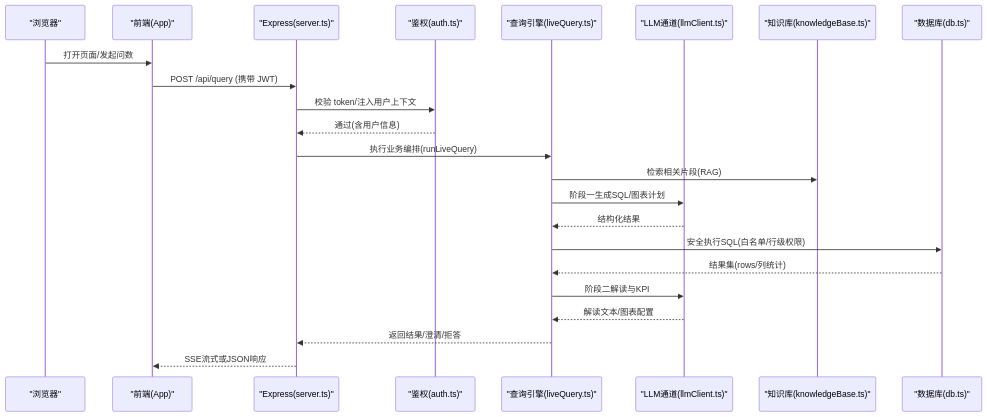
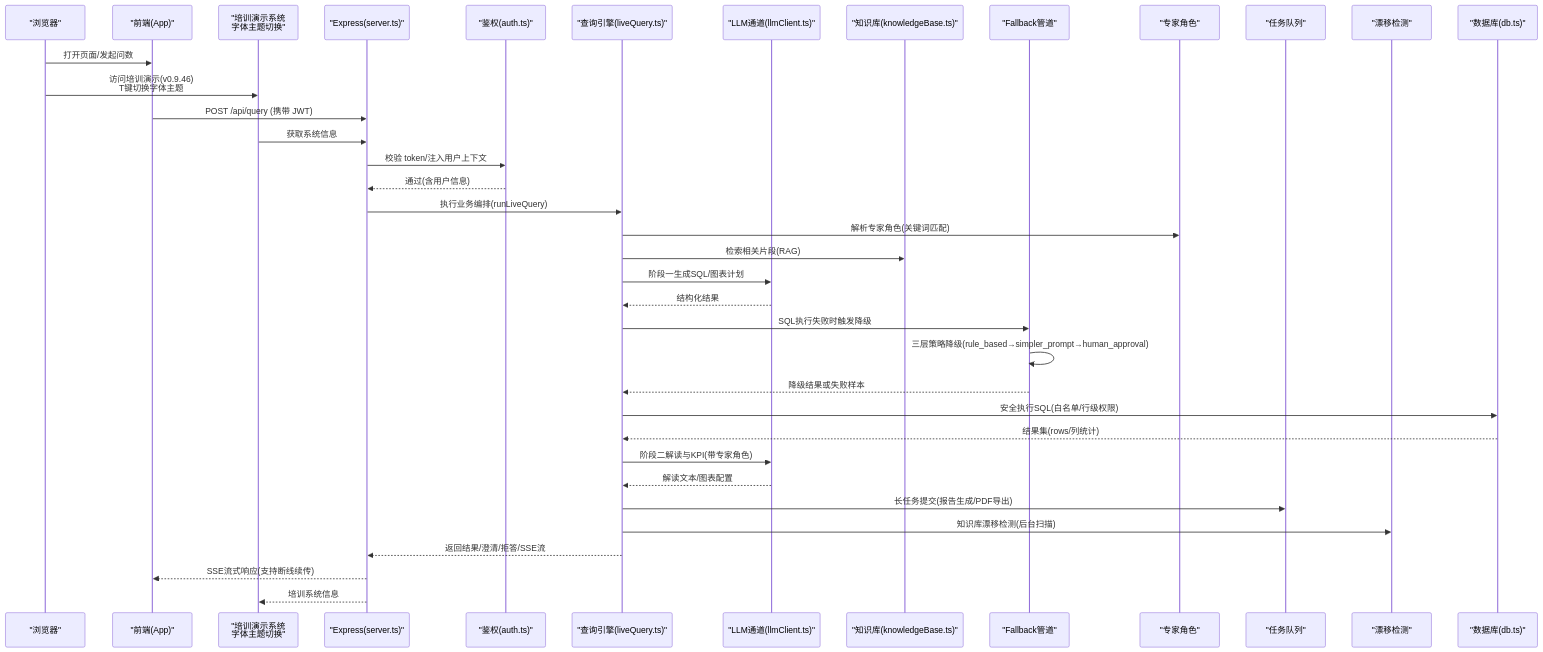
Before and after one commit to dgjin/smart-data-analytics: the second of 17 diagrams in .qoder/repowiki/zh/content/项目概述/技术架构概览.md, drawn with Mermaid. The commit also changed other lines of this file and 100 other files, not shown here.

````diff
--- a/.qoder/repowiki/zh/content/项目概述/技术架构概览.md
+++ b/.qoder/repowiki/zh/content/项目概述/技术架构概览.md
@@ -118,25 +178,39 @@
 ```mermaid
 sequenceDiagram
 participant U as "浏览器"
 participant FE as "前端(App)"
+participant TR as "培训演示系统<br/>字体主题切换"
 participant BE as "Express(server.ts)"
 participant AUTH as "鉴权(auth.ts)"
 participant Q as "查询引擎(liveQuery.ts)"
 participant LLM as "LLM通道(llmClient.ts)"
 participant KB as "知识库(knowledgeBase.ts)"
+participant FALLBACK as "Fallback管道"
+participant EXPERT as "专家角色"
+participant TASK as "任务队列"
+participant DRIFT as "漂移检测"
 participant DB as "数据库(db.ts)"
 U->>FE : 打开页面/发起问数
+U->>TR : 访问培训演示(v0.9.46)<br/>T键切换字体主题
 FE->>BE : POST /api/query (携带 JWT)
+TR->>BE : 获取系统信息
 BE->>AUTH : 校验 token/注入用户上下文
 AUTH-->>BE : 通过(含用户信息)
 BE->>Q : 执行业务编排(runLiveQuery)
+Q->>EXPERT : 解析专家角色(关键词匹配)
 Q->>KB : 检索相关片段(RAG)
 Q->>LLM : 阶段一生成SQL/图表计划
 LLM-->>Q : 结构化结果
+Q->>FALLBACK : SQL执行失败时触发降级
+FALLBACK->>FALLBACK : 三层策略降级(rule_based→simpler_prompt→human_approval)
+FALLBACK-->>Q : 降级结果或失败样本
 Q->>DB : 安全执行SQL(白名单/行级权限)
 DB-->>Q : 结果集(rows/列统计)
-Q->>LLM : 阶段二解读与KPI
+Q->>LLM : 阶段二解读与KPI(带专家角色)
 LLM-->>Q : 解读文本/图表配置
-Q-->>BE : 返回结果/澄清/拒答
-BE-->>FE : SSE流式或JSON响应
+Q->>TASK : 长任务提交(报告生成/PDF导出)
+Q->>DRIFT : 知识库漂移检测(后台扫描)
+Q-->>BE : 返回结果/澄清/拒答/SSE流
+BE-->>FE : SSE流式响应(支持断线续传)
+BE-->>TR : 培训系统信息
 ```
````
